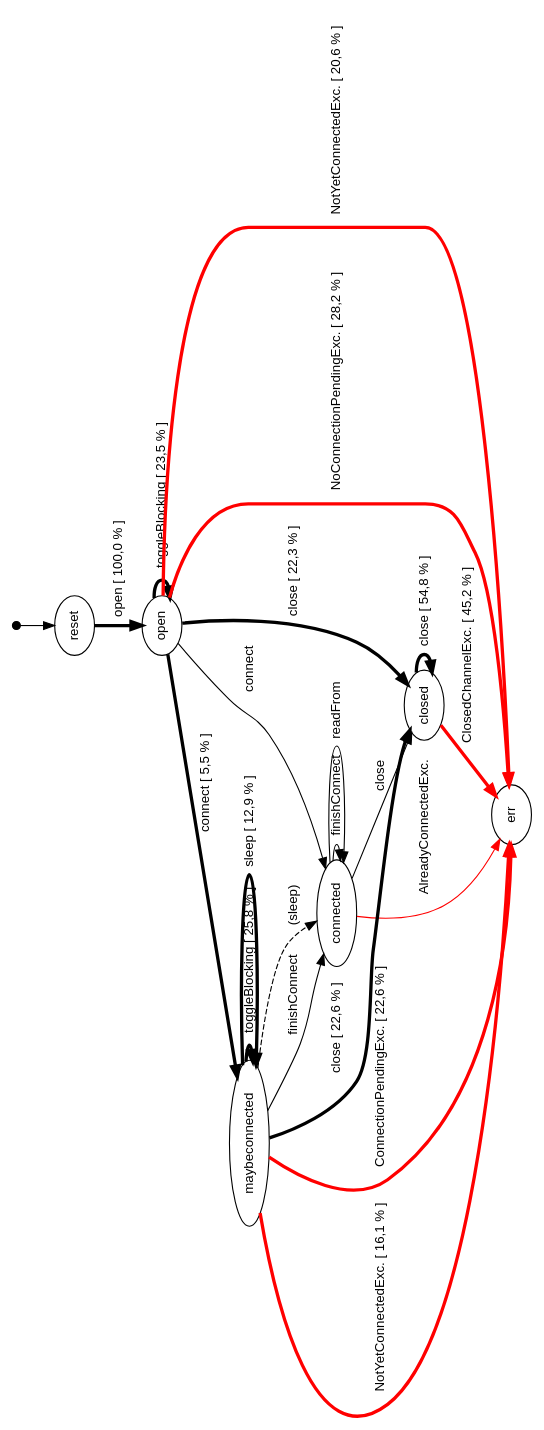
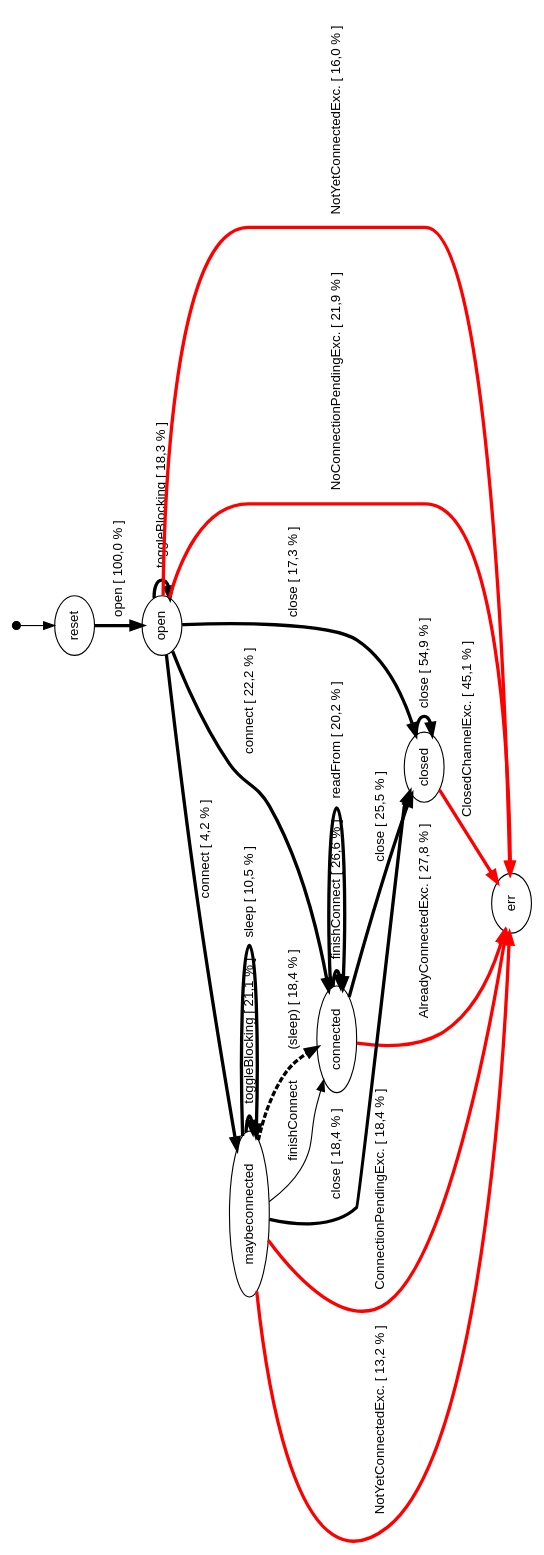
Before and after one commit to cyrille-artho/modbat: the diagram in cov_500.dot, drawn with Graphviz. The commit also changed 8 other files, not shown here.

```diff
--- a/cov_500.dot
+++ b/cov_500.dot
@@ -1,28 +1,28 @@
 digraph model {
   orientation = landscape;
   graph [ rankdir = "TB", ranksep="0.4", nodesep="0.2" ];
   node [ fontname = "Helvetica", fontsize="12.0", margin="0.07" ];
   edge [ fontname = "Helvetica", fontsize="12.0", margin="0.05" ];
   "" [ shape = "point", height="0.1" ];
   "" -> reset
   reset	-> open [ label = " open \[ 100,0 % \]" penwidth = "3.0" ];
-  open	-> open [ label = " toggleBlocking \[ 23,5 % \]" penwidth = "3.0" ];
-  open	-> connected [ label = " connect " ];
-  open	-> maybeconnected [ label = " connect \[ 5,5 % \]" penwidth = "3.0" ];
-  maybeconnected	-> maybeconnected [ label = " toggleBlocking \[ 25,8 % \]" penwidth = "3.0" ];
+  open	-> open [ label = " toggleBlocking \[ 18,3 % \]" penwidth = "3.0" ];
+  open	-> connected [ label = " connect \[ 22,2 % \]" penwidth = "3.0" ];
+  open	-> maybeconnected [ label = " connect \[ 4,2 % \]" penwidth = "3.0" ];
+  maybeconnected	-> maybeconnected [ label = " toggleBlocking \[ 21,1 % \]" penwidth = "3.0" ];
   maybeconnected	-> connected [ label = " finishConnect " ];
-  maybeconnected	-> maybeconnected [ label = " sleep \[ 12,9 % \]" penwidth = "3.0" ];
-  maybeconnected	-> connected [ label = " (sleep) " style = "dashed" ];
-  open	-> err [ label = " NoConnectionPendingExc. \[ 28,2 % \]" color = "red" penwidth = "3.0" ];
-  maybeconnected	-> err [ label = " ConnectionPendingExc. \[ 22,6 % \]" color = "red" penwidth = "3.0" ];
-  connected	-> err [ label = " AlreadyConnectedExc. " color = "red" ];
-  open	-> err [ label = " NotYetConnectedExc. \[ 20,6 % \]" color = "red" penwidth = "3.0" ];
-  maybeconnected	-> err [ label = " NotYetConnectedExc. \[ 16,1 % \]" color = "red" penwidth = "3.0" ];
-  connected	-> connected [ label = " finishConnect " ];
-  connected	-> connected [ label = " readFrom " ];
-  open	-> closed [ label = " close \[ 22,3 % \]" penwidth = "3.0" ];
-  connected	-> closed [ label = " close " ];
-  maybeconnected	-> closed [ label = " close \[ 22,6 % \]" penwidth = "3.0" ];
-  closed	-> closed [ label = " close \[ 54,8 % \]" penwidth = "3.0" ];
-  closed	-> err [ label = " ClosedChannelExc. \[ 45,2 % \]" color = "red" penwidth = "3.0" ];
+  maybeconnected	-> maybeconnected [ label = " sleep \[ 10,5 % \]" penwidth = "3.0" ];
+  maybeconnected	-> connected [ label = " (sleep) \[ 18,4 % \]" style = "dashed" penwidth = "3.0" ];
+  open	-> err [ label = " NoConnectionPendingExc. \[ 21,9 % \]" color = "red" penwidth = "3.0" ];
+  maybeconnected	-> err [ label = " ConnectionPendingExc. \[ 18,4 % \]" color = "red" penwidth = "3.0" ];
+  connected	-> err [ label = " AlreadyConnectedExc. \[ 27,8 % \]" color = "red" penwidth = "3.0" ];
+  open	-> err [ label = " NotYetConnectedExc. \[ 16,0 % \]" color = "red" penwidth = "3.0" ];
+  maybeconnected	-> err [ label = " NotYetConnectedExc. \[ 13,2 % \]" color = "red" penwidth = "3.0" ];
+  connected	-> connected [ label = " finishConnect \[ 26,6 % \]" penwidth = "3.0" ];
+  connected	-> connected [ label = " readFrom \[ 20,2 % \]" penwidth = "3.0" ];
+  open	-> closed [ label = " close \[ 17,3 % \]" penwidth = "3.0" ];
+  connected	-> closed [ label = " close \[ 25,5 % \]" penwidth = "3.0" ];
+  maybeconnected	-> closed [ label = " close \[ 18,4 % \]" penwidth = "3.0" ];
+  closed	-> closed [ label = " close \[ 54,9 % \]" penwidth = "3.0" ];
+  closed	-> err [ label = " ClosedChannelExc. \[ 45,1 % \]" color = "red" penwidth = "3.0" ];
 }
```
